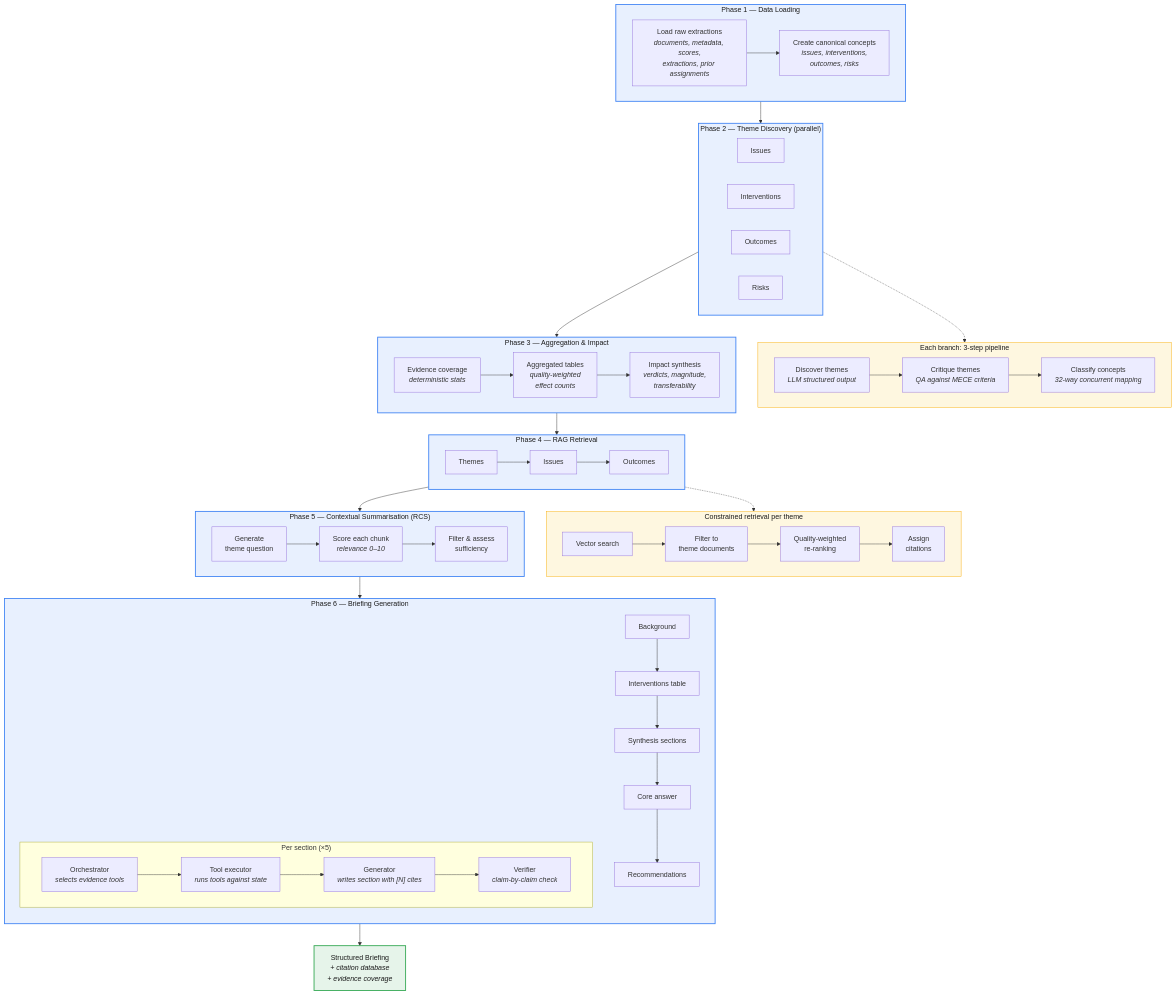
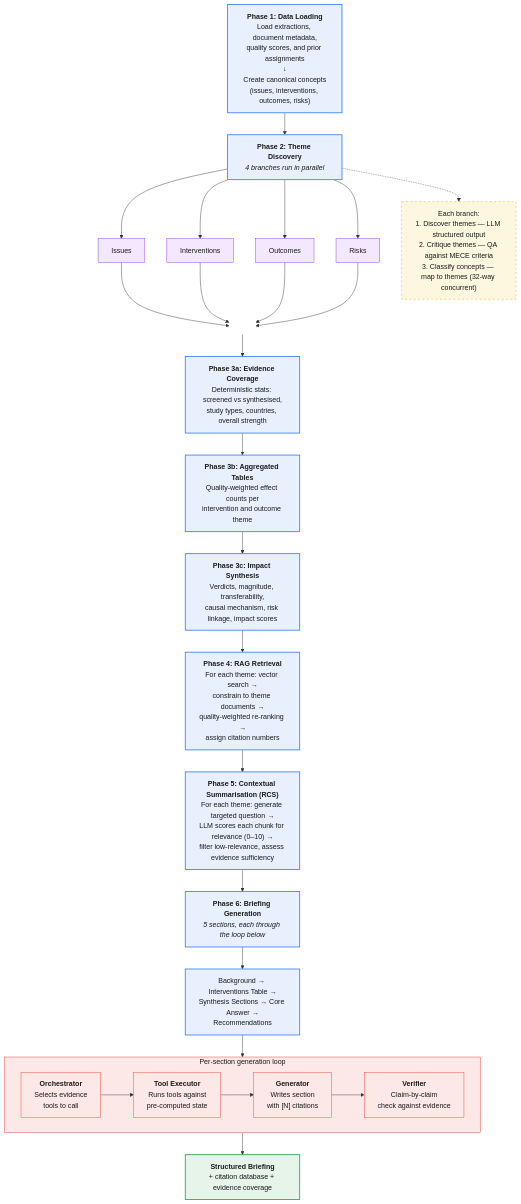
One commit to nestauk/discovery_policy_atlas changed the diagram in docs/backend/synthesis.md. Above: the diagram before and after it, drawn with Mermaid.

Commit message:
refine synthesis diagram

````diff
--- a/docs/backend/synthesis.md
+++ b/docs/backend/synthesis.md
@@ -56,95 +56,71 @@
 ```mermaid
-flowchart TB
-    subgraph P1["Phase 1 — Data Loading"]
+flowchart TD
+    %% ── Phase 1 ──
+    P1["<b>Phase 1: Data Loading</b><br/>Load extractions, document metadata,<br/>quality scores, and prior assignments<br/>↓<br/>Create canonical concepts<br/>(issues, interventions, outcomes, risks)"]
+
+    %% ── Phase 2 ──
+    P1 --> P2_fan
+
+    P2_fan["<b>Phase 2: Theme Discovery</b><br/><i>4 branches run in parallel</i>"]
+
+    P2_fan --> P2_I["Issues"]
+    P2_fan --> P2_V["Interventions"]
+    P2_fan --> P2_O["Outcomes"]
+    P2_fan --> P2_R["Risks"]
+
+    P2_I --> P2_join[" "]
+    P2_V --> P2_join
+    P2_O --> P2_join
+    P2_R --> P2_join
+
+    P2_note["Each branch:<br/>1. Discover themes — LLM structured output<br/>2. Critique themes — QA against MECE criteria<br/>3. Classify concepts — map to themes (32-way concurrent)"]
+
+    P2_fan -.-> P2_note
+
+    %% ── Phase 3 ──
+    P2_join --> P3A["<b>Phase 3a: Evidence Coverage</b><br/>Deterministic stats: screened vs synthesised,<br/>study types, countries, overall strength"]
+
+    P3A --> P3B["<b>Phase 3b: Aggregated Tables</b><br/>Quality-weighted effect counts per<br/>intervention and outcome theme"]
+
+    P3B --> P3C["<b>Phase 3c: Impact Synthesis</b><br/>Verdicts, magnitude, transferability,<br/>causal mechanism, risk linkage, impact scores"]
+
+    %% ── Phase 4 ──
+    P3C --> P4["<b>Phase 4: RAG Retrieval</b><br/>For each theme: vector search →<br/>constrain to theme documents →<br/>quality-weighted re-ranking →<br/>assign citation numbers"]
+
+    %% ── Phase 5 ──
+    P4 --> P5["<b>Phase 5: Contextual Summarisation (RCS)</b><br/>For each theme: generate targeted question →<br/>LLM scores each chunk for relevance (0–10) →<br/>filter low-relevance, assess evidence sufficiency"]
+
+    %% ── Phase 6 ──
+    P5 --> P6["<b>Phase 6: Briefing Generation</b><br/><i>5 sections, each through the loop below</i>"]
+
+    P6 --> SEC["Background → Interventions Table →<br/>Synthesis Sections → Core Answer →<br/>Recommendations"]
+
+    SEC --> LOOP
+
+    subgraph LOOP["Per-section generation loop"]
         direction LR
-        P1A["Load raw extractions<br/><i>documents, metadata, scores,<br/>extractions, prior assignments</i>"]
-        P1B["Create canonical concepts<br/><i>issues, interventions,<br/>outcomes, risks</i>"]
-        P1A --> P1B
+        L1["<b>Orchestrator</b><br/>Selects evidence<br/>tools to call"]
+        L2["<b>Tool Executor</b><br/>Runs tools against<br/>pre-computed state"]
+        L3["<b>Generator</b><br/>Writes section<br/>with [N] citations"]
+        L4["<b>Verifier</b><br/>Claim-by-claim<br/>check against evidence"]
+        L1 --> L2 --> L3 --> L4
     end
 
-    subgraph P2["Phase 2 — Theme Discovery (parallel)"]
-        direction LR
-        P2A["Issues"]
-        P2B["Interventions"]
-        P2C["Outcomes"]
-        P2D["Risks"]
-    end
+    %% ── Output ──
+    LOOP --> OUT["<b>Structured Briefing</b><br/>+ citation database + evidence coverage"]
 
-    subgraph P2detail["Each branch: 3-step pipeline"]
-        direction LR
-        D1["Discover themes<br/><i>LLM structured output</i>"]
-        D2["Critique themes<br/><i>QA against MECE criteria</i>"]
-        D3["Classify concepts<br/><i>32-way concurrent mapping</i>"]
-        D1 --> D2 --> D3
-    end
-
-    subgraph P3["Phase 3 — Aggregation & Impact"]
-        direction LR
-        P3A["Evidence coverage<br/><i>deterministic stats</i>"]
-        P3B["Aggregated tables<br/><i>quality-weighted<br/>effect counts</i>"]
-        P3C["Impact synthesis<br/><i>verdicts, magnitude,<br/>transferability</i>"]
-        P3A --> P3B --> P3C
-    end
-
-    subgraph P4["Phase 4 — RAG Retrieval"]
-        direction LR
-        P4A["Themes"]
-        P4B["Issues"]
-        P4C["Outcomes"]
-        P4A --> P4B --> P4C
-    end
-
-    subgraph P4detail["Constrained retrieval per theme"]
-        direction LR
-        R1["Vector search"]
-        R2["Filter to<br/>theme documents"]
-        R3["Quality-weighted<br/>re-ranking"]
-        R4["Assign<br/>citations"]
-        R1 --> R2 --> R3 --> R4
-    end
-
-    subgraph P5["Phase 5 — Contextual Summarisation (RCS)"]
-        direction LR
-        P5A["Generate<br/>theme question"]
-        P5B["Score each chunk<br/><i>relevance 0–10</i>"]
-        P5C["Filter & assess<br/>sufficiency"]
-        P5A --> P5B --> P5C
-    end
-
-    subgraph P6["Phase 6 — Briefing Generation"]
-        direction TB
-        subgraph loop["Per section (×5)"]
-            direction LR
-            O["Orchestrator<br/><i>selects evidence tools</i>"]
-            T["Tool executor<br/><i>runs tools against state</i>"]
-            G["Generator<br/><i>writes section with [N] cites</i>"]
-            V["Verifier<br/><i>claim-by-claim check</i>"]
-            O --> T --> G --> V
-        end
-        S1["Background"]
-        S2["Interventions table"]
-        S3["Synthesis sections"]
-        S4["Core answer"]
-        S5["Recommendations"]
-        S1 --> S2 --> S3 --> S4 --> S5
-    end
-
-    OUT["Structured Briefing<br/><i>+ citation database<br/>+ evidence coverage</i>"]
-
-    P1 --> P2
-    P2 -.-> P2detail
-    P2 --> P3
-    P3 --> P4
-    P4 -.-> P4detail
-    P4 --> P5
-    P5 --> P6
-    P6 --> OUT
-
+    %% ── Styles ──
     classDef phase fill:#e8f0fe,stroke:#4285f4,stroke-width:2px,color:#1a1a1a
-    classDef detail fill:#fef7e0,stroke:#f9ab00,stroke-width:1px,color:#1a1a1a
+    classDef note fill:#fef7e0,stroke:#f9ab00,stroke-width:1px,color:#1a1a1a,stroke-dasharray:5 5
+    classDef branch fill:#f3e8fd,stroke:#9334e6,stroke-width:1px,color:#1a1a1a
+    classDef join fill:none,stroke:none,color:none
+    classDef loop fill:#fce8e6,stroke:#ea4335,stroke-width:1px,color:#1a1a1a
     classDef output fill:#e6f4ea,stroke:#34a853,stroke-width:2px,color:#1a1a1a
 
-    class P1,P2,P3,P4,P5,P6 phase
-    class P2detail,P4detail detail
+    class P1,P2_fan,P3A,P3B,P3C,P4,P5,P6,SEC phase
+    class P2_note note
+    class P2_I,P2_V,P2_O,P2_R branch
+    class P2_join join
+    class LOOP,L1,L2,L3,L4 loop
     class OUT output
 ```
````
